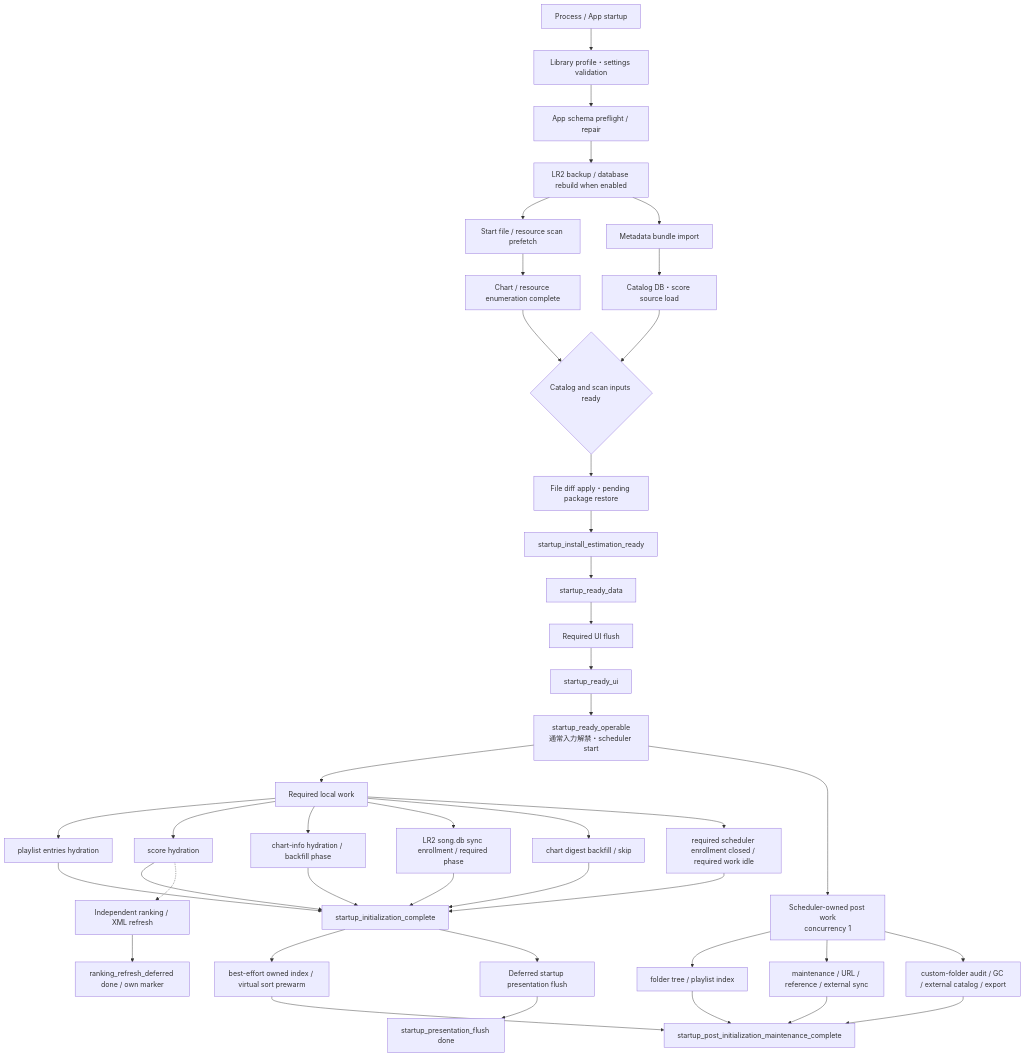
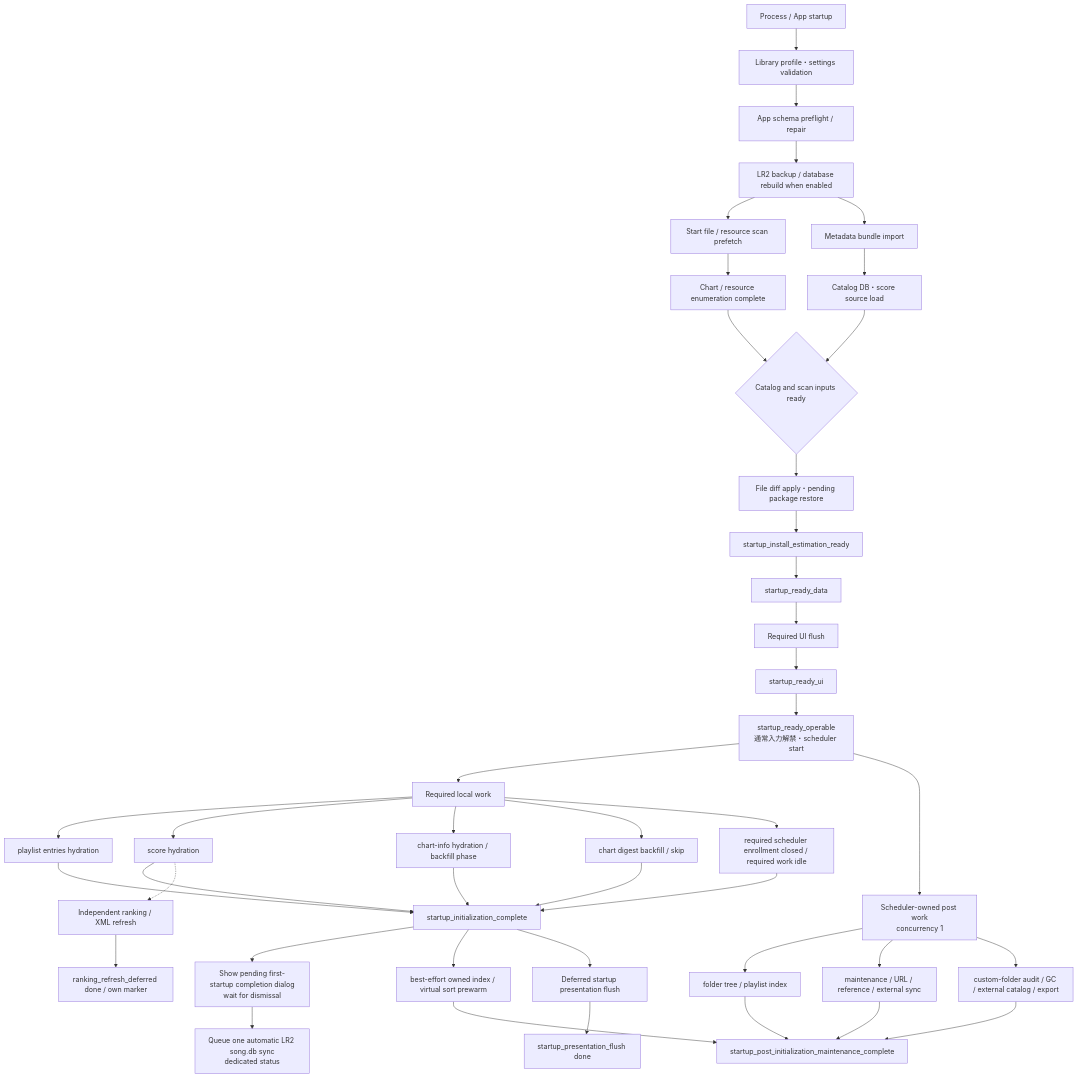
One commit to Neeted/bemusicseeker-unofficial-fork changed the diagram in devdocs/spec/startup-initialization-flow.md. Above: the diagram before and after it, drawn with Mermaid. The commit also changed other lines of this file and 11 other files, not shown here.

Commit message:
fix: run LR2 sync after startup completion

````diff
--- a/devdocs/spec/startup-initialization-flow.md
+++ b/devdocs/spec/startup-initialization-flow.md
@@ -25,46 +25,46 @@
 ```mermaid
 flowchart TD
     A[Process / App startup] --> B[Library profile・settings validation]
     B --> C[App schema preflight / repair]
     C --> X[LR2 backup / database rebuild when enabled]
     X --> S[Start file / resource scan prefetch]
     X --> D[Metadata bundle import]
     D --> E[Catalog DB・score source load]
     S --> F[Chart / resource enumeration complete]
     E --> Q{Catalog and scan inputs ready}
     F --> Q
     Q --> G[File diff apply・pending package restore]
     G --> H[startup_install_estimation_ready]
     H --> I[startup_ready_data]
     I --> J[Required UI flush]
     J --> K[startup_ready_ui]
     K --> L[startup_ready_operable<br/>通常入力解禁・scheduler start]
 
     L --> R1[Required local work]
     R1 --> R2[playlist entries hydration]
     R1 --> R3[score hydration]
     R1 --> R4[chart-info hydration / backfill phase]
-    R1 --> R5[LR2 song.db sync enrollment / required phase]
-    R1 --> R6[chart digest backfill / skip]
-    R1 --> R7[required scheduler enrollment closed / required work idle]
+    R1 --> R5[chart digest backfill / skip]
+    R1 --> R6[required scheduler enrollment closed / required work idle]
     R2 --> M[startup_initialization_complete]
     R3 --> M
     R4 --> M
     R5 --> M
     R6 --> M
-    R7 --> M
+    M --> C1[Show pending first-startup completion dialog<br/>wait for dismissal]
+    C1 --> C2[Queue one automatic LR2 song.db sync<br/>dedicated status]
 
     L --> P1[Scheduler-owned post work<br/>concurrency 1]
     P1 --> P2[folder tree / playlist index]
     P1 --> P3[maintenance / URL / reference / external sync]
     P1 --> P4[custom-folder audit / GC / external catalog / export]
     M --> P5[best-effort owned index / virtual sort prewarm]
     P2 --> Z[startup_post_initialization_maintenance_complete]
     P3 --> Z
     P4 --> Z
     P5 --> Z
     R3 -.-> P6[Independent ranking / XML refresh]
     P6 --> P7[ranking_refresh_deferred done / own marker]
     M --> P8[Deferred startup presentation flush]
     P8 --> P9[startup_presentation_flush done]
 ```
````
